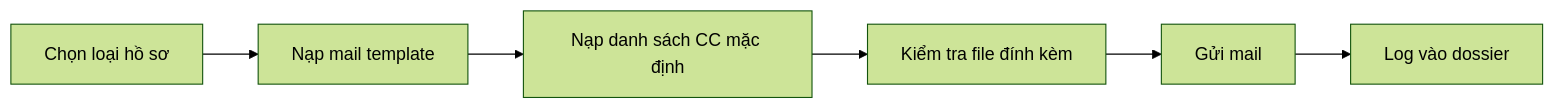
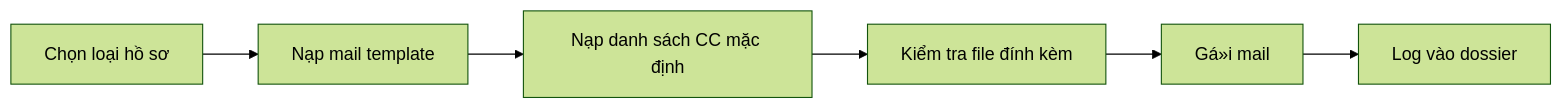
One commit to dungnt118/sira-thi-cong changed the fourth of 6 diagrams in documents/BA-V4/03-UI-UX-Design/HanhChinh/User_Flows_HanhChinh_v4.md. Above: the diagram before and after it, drawn with Mermaid (forest theme). The commit also changed other lines of this file and 56 other files, not shown here.

````diff
--- a/documents/BA-V4/03-UI-UX-Design/HanhChinh/User_Flows_HanhChinh_v4.md
+++ b/documents/BA-V4/03-UI-UX-Design/HanhChinh/User_Flows_HanhChinh_v4.md
@@ -40,8 +40,8 @@
 ```mermaid
 flowchart LR
     A["Chọn loại hồ sơ"] --> B["Nạp mail template"]
     B --> C["Nạp danh sách CC mặc định"]
     C --> D["Kiểm tra file đính kèm"]
-    D --> E["Gửi mail"]
+    D --> E["Gá»­i mail"]
     E --> F["Log vào dossier"]
 ```
````
